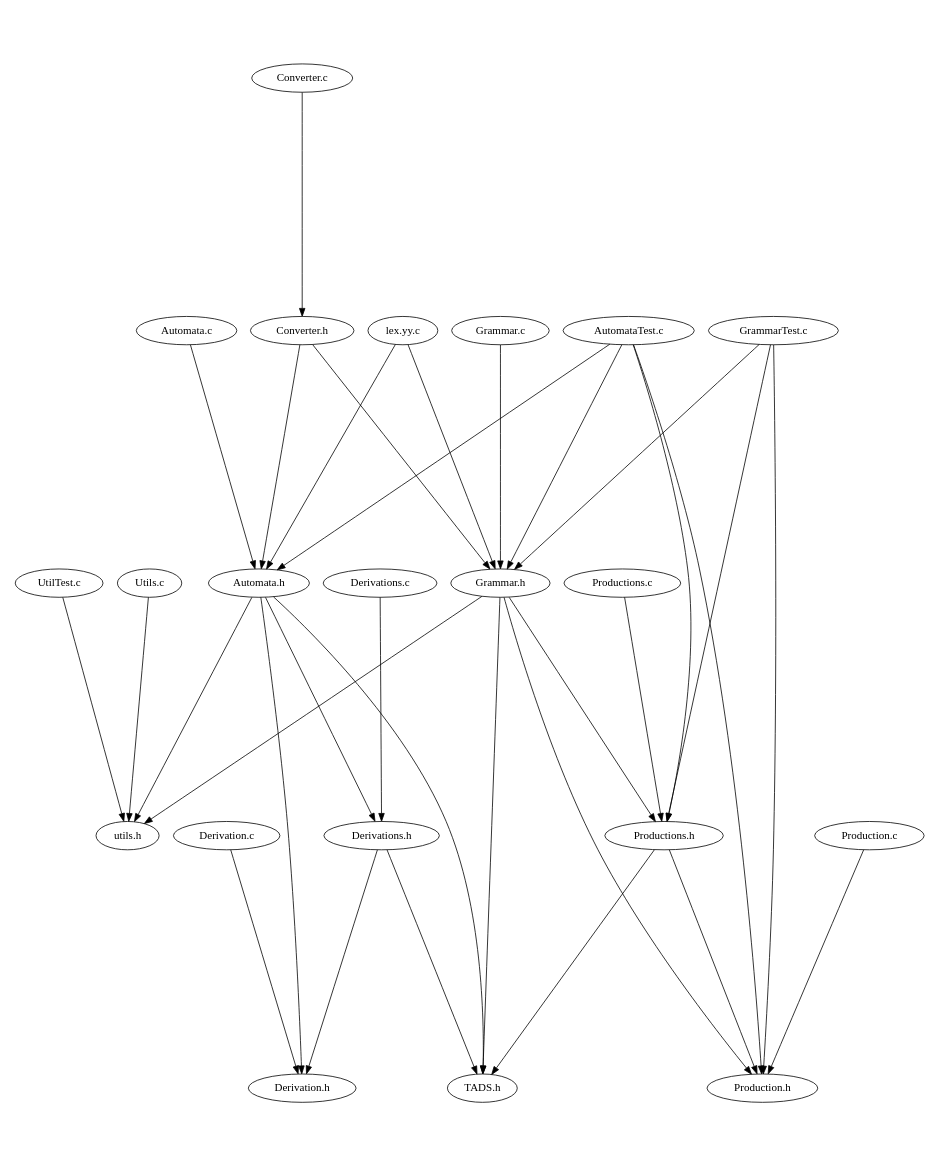
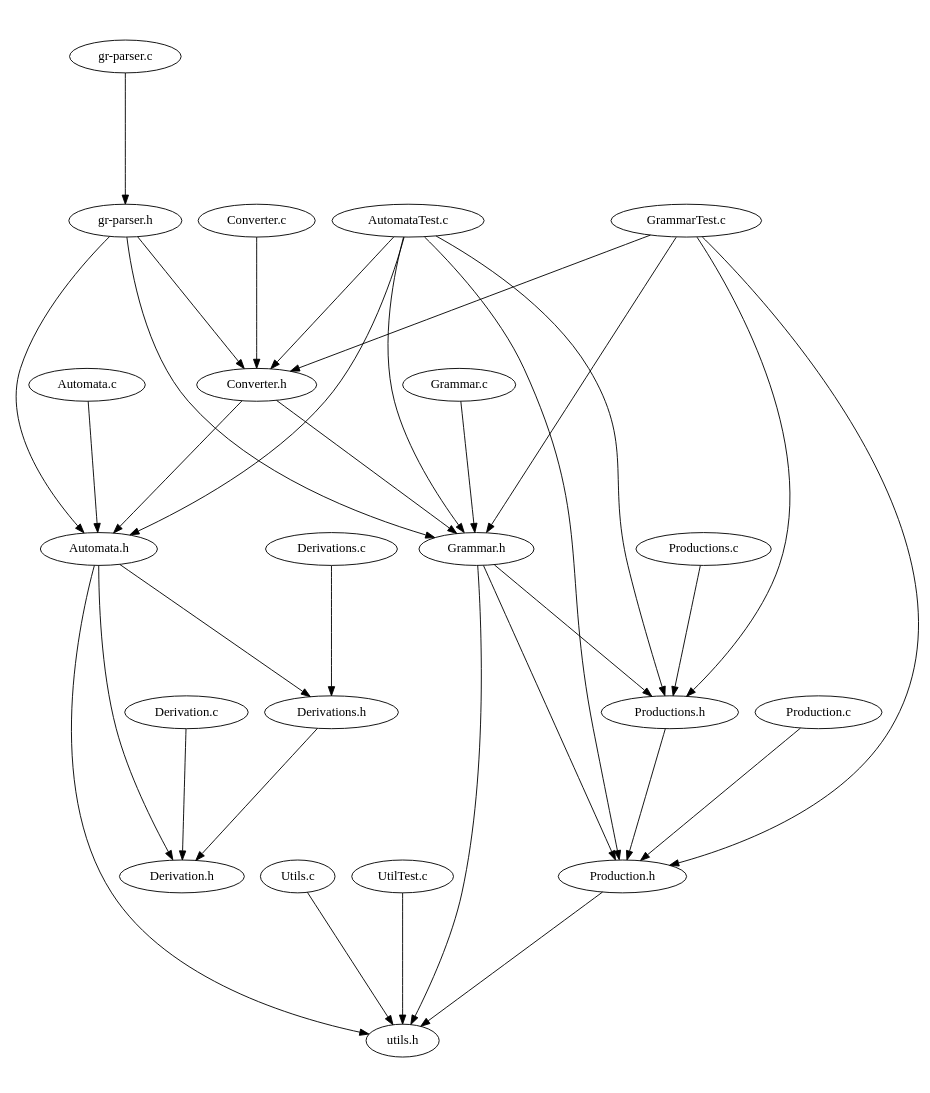
The diagram in algo2.dot (fnmartinez/TLATPE), drawn with Graphviz before and after one commit.

Commit message:
Updated includes map

```diff
--- a/algo2.dot
+++ b/algo2.dot
@@ -1,40 +1,41 @@
 digraph "source tree" {
     overlap=scale;
     size="8,10";
     ratio="fill";
     fontsize="16";
     fontname="Helvetica";
 	clusterrank="local";
+	"gr-parser.h" -> "Automata.h"
 	"Grammar.h" -> "Productions.h"
 	"AutomataTest.c" -> "Grammar.h"
-	"Productions.h" -> "TADS.h"
-	"lex.yy.c" -> "Automata.h"
 	"Production.c" -> "Production.h"
 	"Automata.h" -> "Derivations.h"
 	"Derivations.h" -> "Derivation.h"
+	"gr-parser.h" -> "Converter.h"
 	"Grammar.c" -> "Grammar.h"
 	"Utils.c" -> "utils.h"
 	"Converter.c" -> "Converter.h"
 	"GrammarTest.c" -> "Production.h"
 	"AutomataTest.c" -> "Production.h"
 	"Automata.h" -> "Derivation.h"
-	"Derivations.h" -> "TADS.h"
 	"UtilTest.c" -> "utils.h"
+	"gr-parser.h" -> "Grammar.h"
 	"Automata.h" -> "utils.h"
-	"Automata.h" -> "TADS.h"
 	"Derivation.c" -> "Derivation.h"
+	"Production.h" -> "utils.h"
 	"Automata.c" -> "Automata.h"
+	"GrammarTest.c" -> "Converter.h"
+	"AutomataTest.c" -> "Converter.h"
 	"AutomataTest.c" -> "Productions.h"
 	"Converter.h" -> "Automata.h"
-	"lex.yy.c" -> "Grammar.h"
-	"Grammar.h" -> "TADS.h"
 	"AutomataTest.c" -> "Automata.h"
+	"gr-parser.c" -> "gr-parser.h"
 	"Derivations.c" -> "Derivations.h"
 	"Productions.c" -> "Productions.h"
 	"Grammar.h" -> "utils.h"
 	"Productions.h" -> "Production.h"
 	"Grammar.h" -> "Production.h"
 	"Converter.h" -> "Grammar.h"
 	"GrammarTest.c" -> "Productions.h"
 	"GrammarTest.c" -> "Grammar.h"
 }
```
